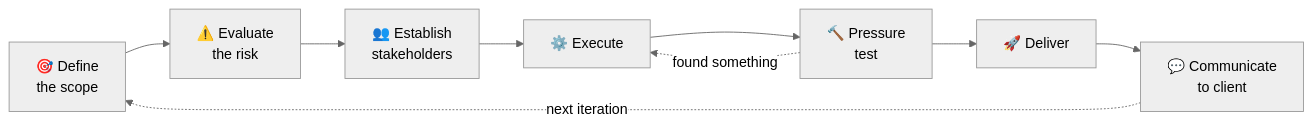
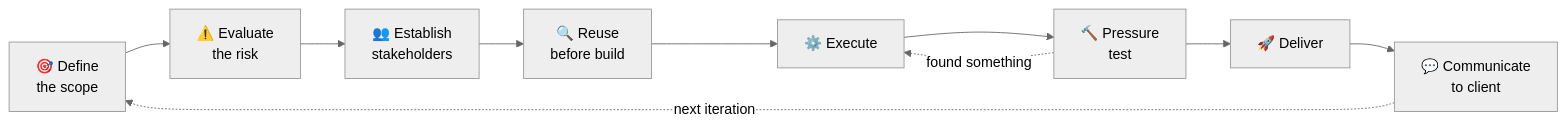
One commit to Alex90Jennings/Alex90Jennings changed the second of 2 diagrams in README.md. Above: the diagram before and after it, drawn with Mermaid (neutral theme). The commit also changed other lines of this file, not shown here.

First line of the commit message:
Add reuse before build to the delivery loop

````diff
--- a/README.md
+++ b/README.md
@@ -411,11 +417,12 @@
 ```mermaid
 flowchart LR
     A["🎯 Define<br/>the scope"] --> B["⚠️ Evaluate<br/>the risk"]
     B --> C["👥 Establish<br/>stakeholders"]
-    C --> D["⚙️ Execute"]
+    C --> R["🔍 Reuse<br/>before build"]
+    R --> D["⚙️ Execute"]
     D --> E["🔨 Pressure<br/>test"]
     E --> F["🚀 Deliver"]
     F --> G["💬 Communicate<br/>to client"]
     E -.->|"found something"| D
     G -.->|"next iteration"| A
 ```
````
